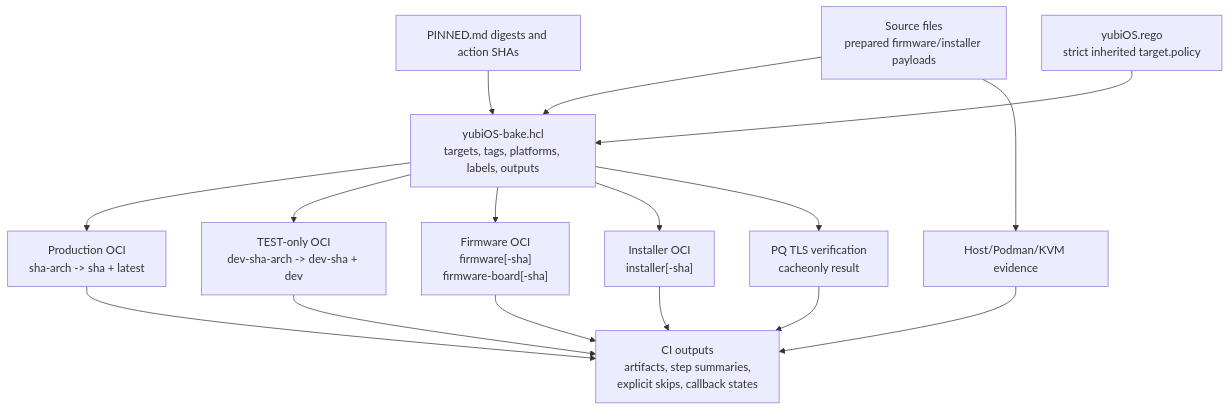
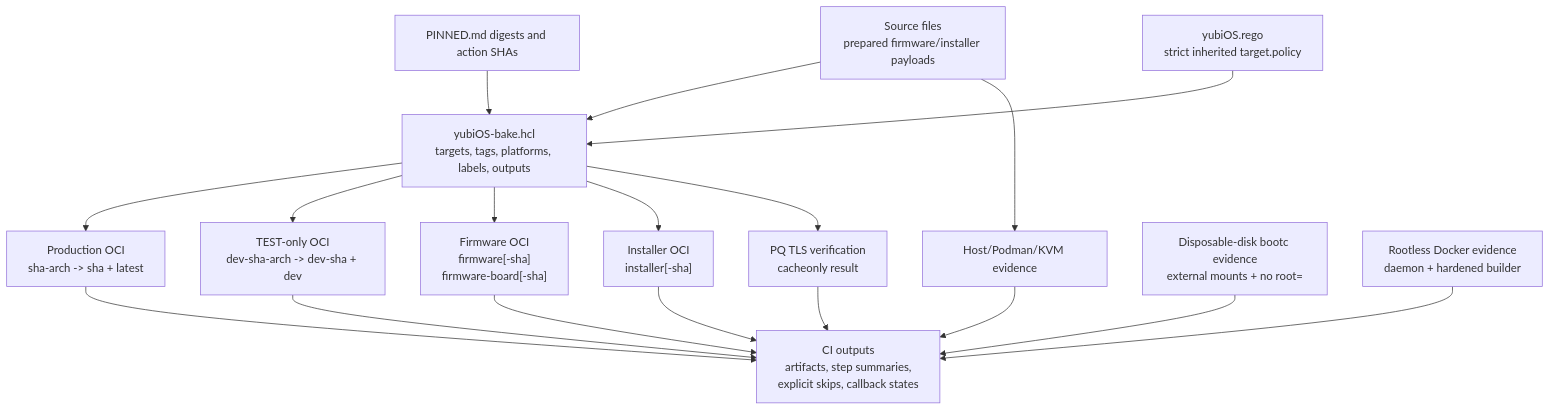
Before and after one commit to corning-croak-cable/yubiOS: the seventh of 8 diagrams in CI_MAP.md, drawn with Mermaid. The commit also changed other lines of this file and 5 other files, not shown here.

Commit message:
ci: require CTAP2 and test bootc filesystem install

````diff
--- a/CI_MAP.md
+++ b/CI_MAP.md
@@ -224,30 +224,34 @@
 ```mermaid
 flowchart TD
     source["Source files\nprepared firmware/installer payloads"]
     pins["PINNED.md digests and action SHAs"]
     policy["yubiOS.rego\nstrict inherited target.policy"]
     bake["yubiOS-bake.hcl\ntargets, tags, platforms, labels, outputs"]
     prod["Production OCI\nsha-arch -> sha + latest"]
     dev["TEST-only OCI\ndev-sha-arch -> dev-sha + dev"]
     firmware["Firmware OCI\nfirmware[-sha]\nfirmware-board[-sha]"]
     installer["Installer OCI\ninstaller[-sha]"]
     pq["PQ TLS verification\ncacheonly result"]
     vm["Host/Podman/KVM evidence"]
+    install["Disposable-disk bootc evidence\nexternal mounts + no root="]
+    rootless["Rootless Docker evidence\ndaemon + hardened builder"]
     ci_logs["CI outputs\nartifacts, step summaries,\nexplicit skips, callback states"]
 
     source --> bake
     pins --> bake
     policy --> bake
     bake --> prod
     bake --> dev
     bake --> firmware
     bake --> installer
     bake --> pq
     source --> vm
     prod --> ci_logs
     dev --> ci_logs
     firmware --> ci_logs
     installer --> ci_logs
     pq --> ci_logs
     vm --> ci_logs
+    install --> ci_logs
+    rootless --> ci_logs
 ```
````
